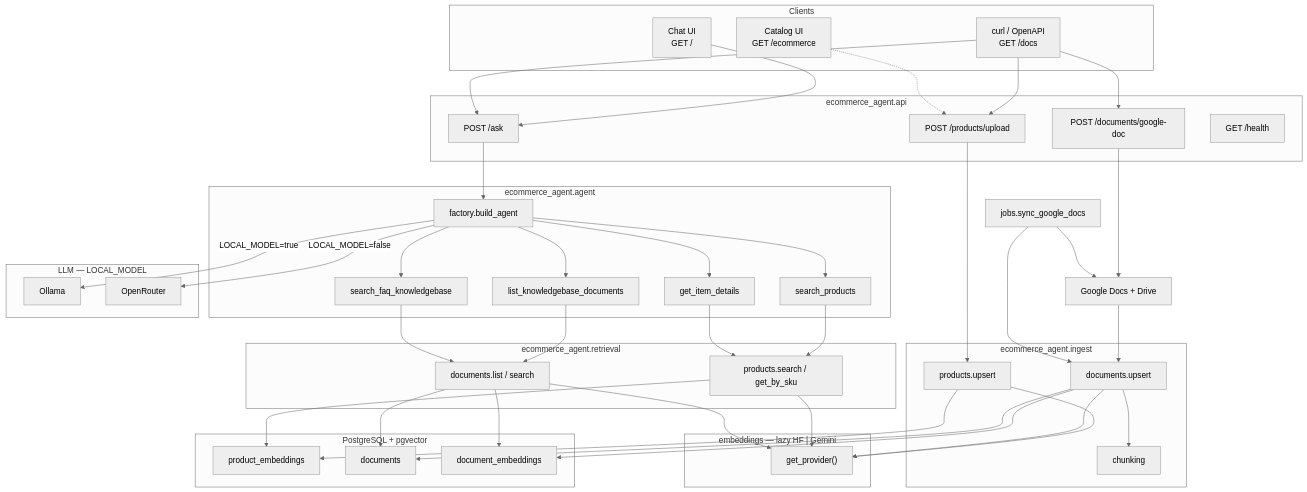
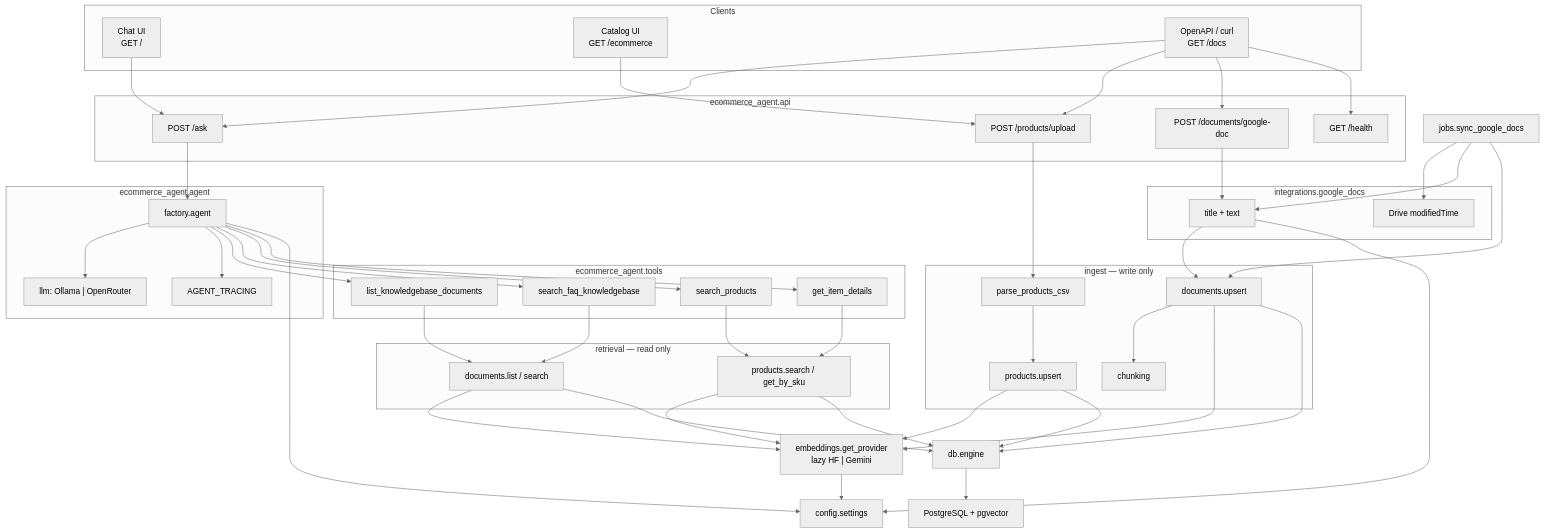
Before and after one commit to JJTorresDS/ecommerce-agent: the first of 4 diagrams in architecture.md, drawn with Mermaid (neutral theme). The commit also changed other lines of this file and 10 other files, not shown here.

````diff
--- a/architecture.md
+++ b/architecture.md
@@ -7,81 +35,76 @@
 ```mermaid
 flowchart TB
     subgraph Clients
         ChatUI["Chat UI<br/>GET /"]
         CatalogUI["Catalog UI<br/>GET /ecommerce"]
-        Curl["curl / OpenAPI<br/>GET /docs"]
+        OpenAPI["OpenAPI / curl<br/>GET /docs"]
     end
 
-    subgraph FastAPI["ecommerce_agent.api"]
+    subgraph API["ecommerce_agent.api"]
         Ask["POST /ask"]
         Upload["POST /products/upload"]
         GDocEP["POST /documents/google-doc"]
         Health["GET /health"]
     end
 
-    subgraph AgentRuntime["ecommerce_agent.agent"]
-        Factory["factory.build_agent"]
+    subgraph AgentPkg["ecommerce_agent.agent"]
+        Factory["factory.agent"]
+        LLM["llm: Ollama | OpenRouter"]
+        Trace["AGENT_TRACING"]
+    end
+
+    subgraph ToolsPkg["ecommerce_agent.tools"]
         TList["list_knowledgebase_documents"]
+        TFaq["search_faq_knowledgebase"]
         TSearch["search_products"]
         TSku["get_item_details"]
-        TFaq["search_faq_knowledgebase"]
     end
 
-    subgraph LLM["LLM — LOCAL_MODEL"]
-        Ollama["Ollama"]
-        OpenRouter["OpenRouter"]
+    subgraph Retrieval["retrieval — read only"]
+        RProd["products.search / get_by_sku"]
+        RDocs["documents.list / search"]
     end
 
-    subgraph WritePath["ecommerce_agent.ingest"]
-        UpsertP["products.upsert"]
-        UpsertD["documents.upsert"]
+    subgraph IngestPkg["ingest — write only"]
+        ParseCSV["parse_products_csv"]
+        IProd["products.upsert"]
+        IDocs["documents.upsert"]
         Chunk["chunking"]
     end
 
-    subgraph ReadPath["ecommerce_agent.retrieval"]
-        SearchP["products.search / get_by_sku"]
-        SearchD["documents.list / search"]
+    subgraph Integrations["integrations.google_docs"]
+        Fetch["title + text"]
+        Drive["Drive modifiedTime"]
     end
 
-    subgraph Embed["embeddings — lazy HF | Gemini"]
-        Provider["get_provider()"]
-    end
-
-    subgraph Store["PostgreSQL + pgvector"]
-        Products["product_embeddings"]
-        Docs["documents"]
-        Chunks["document_embeddings"]
-    end
-
-    GDocs["Google Docs + Drive"]
     Job["jobs.sync_google_docs"]
+    Config["config.settings"]
+    Engine["db.engine"]
+    Embed["embeddings.get_provider<br/>lazy HF | Gemini"]
+    PG["PostgreSQL + pgvector"]
 
     ChatUI --> Ask
-    Curl --> Ask
-    Curl --> Upload
-    Curl --> GDocEP
-    CatalogUI -.-> Upload
+    CatalogUI --> Upload
+    OpenAPI --> Ask & Upload & GDocEP & Health
 
     Ask --> Factory
-    Factory -->|"LOCAL_MODEL=true"| Ollama
-    Factory -->|"LOCAL_MODEL=false"| OpenRouter
+    Factory --> LLM
+    Factory --> Trace
     Factory --> TList & TFaq & TSearch & TSku
 
-    TSearch --> SearchP
-    TSku --> SearchP
-    TList --> SearchD
-    TFaq --> SearchD
+    TList --> RDocs
+    TFaq --> RDocs
+    TSearch --> RProd
+    TSku --> RProd
 
-    Upload --> UpsertP
-    GDocEP --> GDocs --> UpsertD
-    UpsertD --> Chunk
-    Job --> GDocs
-    Job --> UpsertD
+    Upload --> ParseCSV --> IProd
+    GDocEP --> Fetch --> IDocs
+    IDocs --> Chunk
+    Job --> Drive
+    Job --> Fetch
+    Job --> IDocs
 
-    SearchP --> Products
-    SearchD --> Docs & Chunks
-    UpsertP --> Products
-    UpsertD --> Docs & Chunks
-
-    SearchP & SearchD & UpsertP & UpsertD --> Provider
+    RProd & RDocs & IProd & IDocs --> Embed
+    RProd & RDocs & IProd & IDocs --> Engine --> PG
+    Factory & Fetch & Embed --> Config
 ```
````
